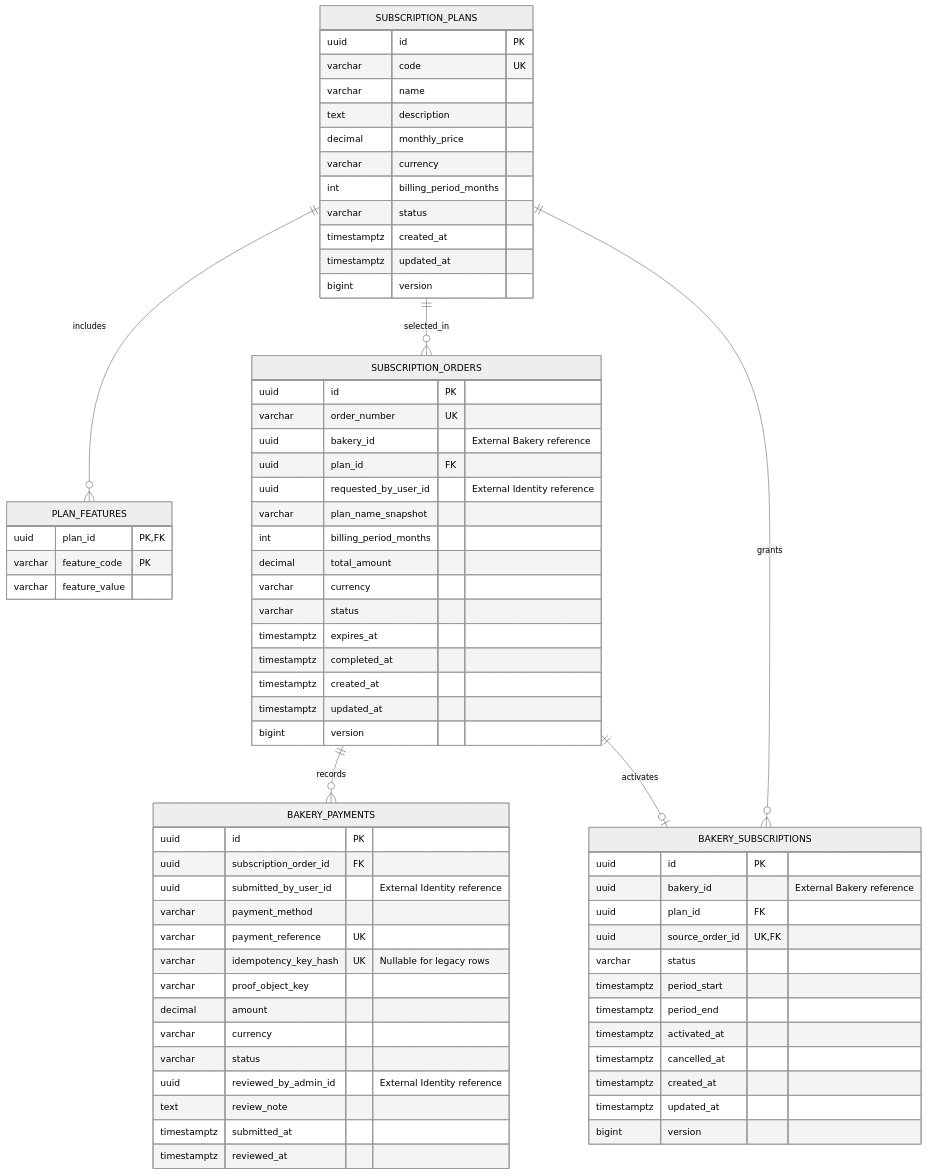
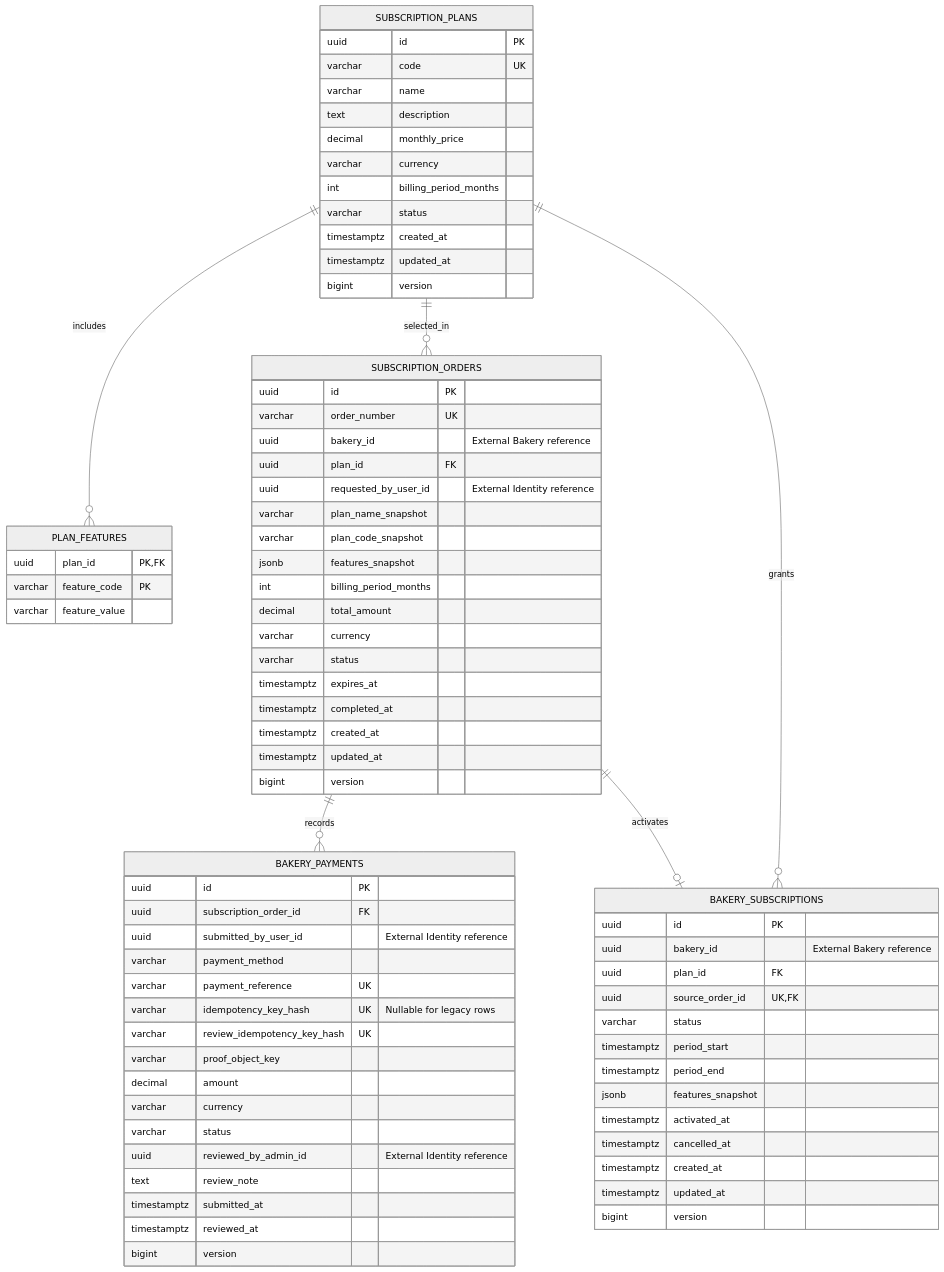
One commit to leminhkhoi-james/Bakery-Platform changed the diagram in docs/erd/07-subscription-service-logical.mmd. Above: the diagram before and after it, drawn with Mermaid (neutral theme). The commit also changed 48 other files, not shown here.

```diff
--- a/docs/erd/07-subscription-service-logical.mmd
+++ b/docs/erd/07-subscription-service-logical.mmd
@@ -1,76 +1,81 @@
 erDiagram
     SUBSCRIPTION_PLANS {
         uuid id PK
         varchar code UK
         varchar name
         text description
         decimal monthly_price
         varchar currency
         int billing_period_months
         varchar status
         timestamptz created_at
         timestamptz updated_at
         bigint version
     }
 
     PLAN_FEATURES {
         uuid plan_id PK, FK
         varchar feature_code PK
         varchar feature_value
     }
 
     SUBSCRIPTION_ORDERS {
         uuid id PK
         varchar order_number UK
         uuid bakery_id "External Bakery reference"
         uuid plan_id FK
         uuid requested_by_user_id "External Identity reference"
         varchar plan_name_snapshot
+        varchar plan_code_snapshot
+        jsonb features_snapshot
         int billing_period_months
         decimal total_amount
         varchar currency
         varchar status
         timestamptz expires_at
         timestamptz completed_at
         timestamptz created_at
         timestamptz updated_at
         bigint version
     }
 
     BAKERY_PAYMENTS {
         uuid id PK
         uuid subscription_order_id FK
         uuid submitted_by_user_id "External Identity reference"
         varchar payment_method
         varchar payment_reference UK
         varchar idempotency_key_hash UK "Nullable for legacy rows"
+        varchar review_idempotency_key_hash UK
         varchar proof_object_key
         decimal amount
         varchar currency
         varchar status
         uuid reviewed_by_admin_id "External Identity reference"
         text review_note
         timestamptz submitted_at
         timestamptz reviewed_at
+        bigint version
     }
 
     BAKERY_SUBSCRIPTIONS {
         uuid id PK
         uuid bakery_id "External Bakery reference"
         uuid plan_id FK
         uuid source_order_id UK, FK
         varchar status
         timestamptz period_start
         timestamptz period_end
+        jsonb features_snapshot
         timestamptz activated_at
         timestamptz cancelled_at
         timestamptz created_at
         timestamptz updated_at
         bigint version
     }
 
     SUBSCRIPTION_PLANS ||--o{ PLAN_FEATURES : includes
     SUBSCRIPTION_PLANS ||--o{ SUBSCRIPTION_ORDERS : selected_in
     SUBSCRIPTION_ORDERS ||--o{ BAKERY_PAYMENTS : records
     SUBSCRIPTION_ORDERS ||--o| BAKERY_SUBSCRIPTIONS : activates
     SUBSCRIPTION_PLANS ||--o{ BAKERY_SUBSCRIPTIONS : grants
```
